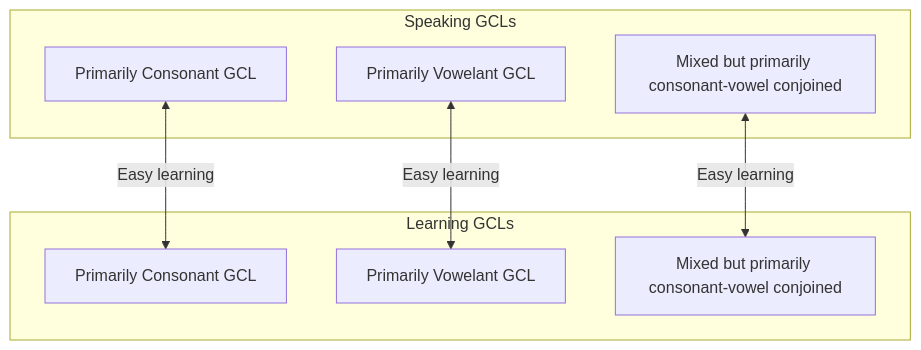
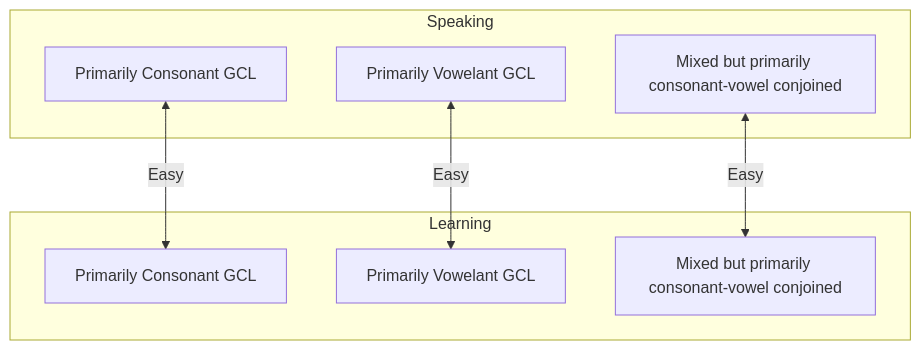
The diagram in general_communication_languages_categorization_for_learning.md (bendqh1/mermaid), drawn with Mermaid before and after one commit.

````diff
--- a/general_communication_languages_categorization_for_learning.md
+++ b/general_communication_languages_categorization_for_learning.md
@@ -11,20 +11,20 @@
 ```mermaid
 flowchart TD
 
-  subgraph A [Speaking GCLs]
+  subgraph A [Speaking]
     A1[Primarily Consonant GCL]
     A2[Primarily Vowelant GCL]
     A3[Mixed but primarily consonant-vowel conjoined]
   end
 
-  subgraph B [Learning GCLs]
+  subgraph B [Learning]
     B1[Primarily Consonant GCL]
     B2[Primarily Vowelant GCL]
     B3[Mixed but primarily consonant-vowel conjoined]
   end
 
-  A1 <-->|Easy learning| B1
-  A2 <-->|Easy learning| B2
-  A3 <-->|Easy learning| B3
+  A1 <-->|Easy| B1
+  A2 <-->|Easy| B2
+  A3 <-->|Easy| B3
 
 ```
````
